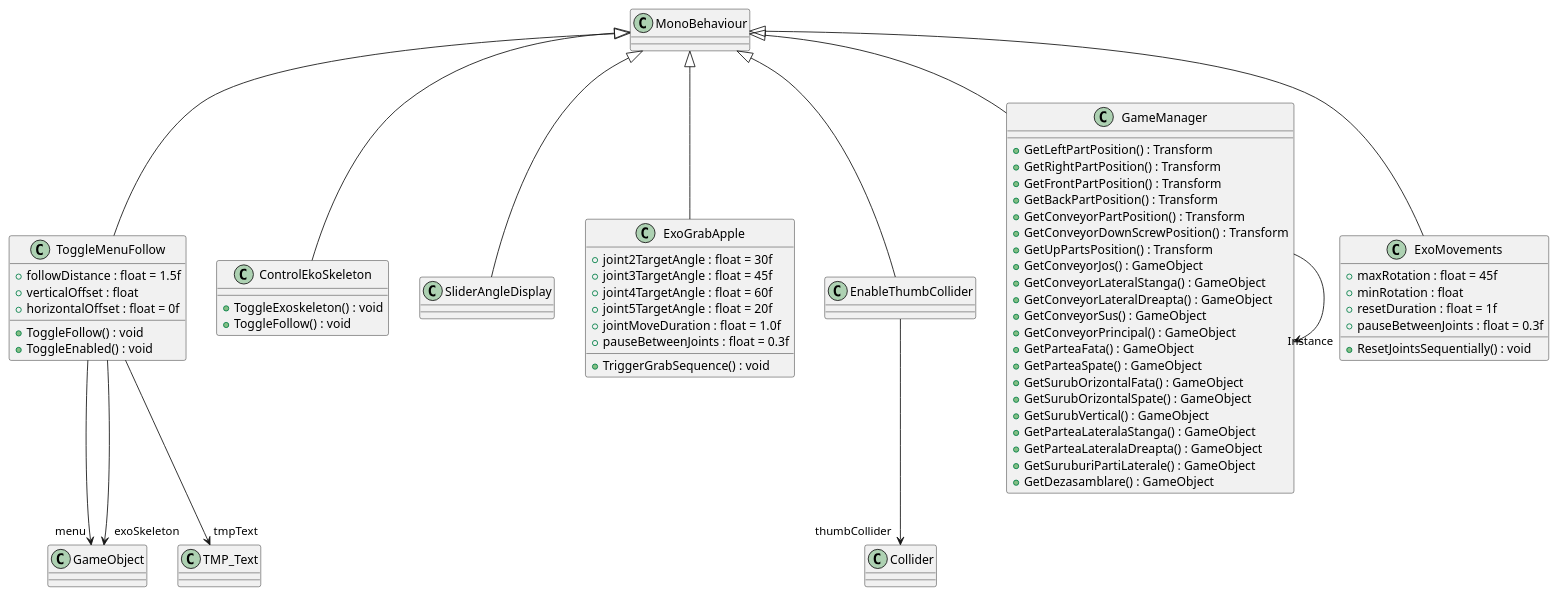
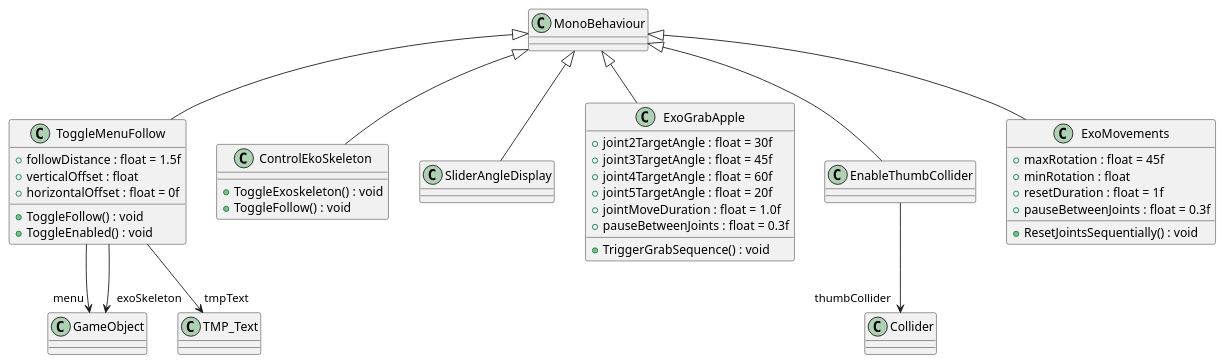
Before and after one commit to Chiriac21/disertatie: the diagram in UML/include.puml, drawn with PlantUML. The commit also changed 3 other files, not shown here.

Commit message:
Generate UML (Generate UML)

```diff
--- a/UML/include.puml
+++ b/UML/include.puml
@@ -1,68 +1,43 @@
 @startuml
 class ToggleMenuFollow {
     + followDistance : float = 1.5f
     + verticalOffset : float
     + horizontalOffset : float = 0f
     + ToggleFollow() : void
     + ToggleEnabled() : void
 }
 MonoBehaviour <|-- ToggleMenuFollow
 ToggleMenuFollow --> "menu" GameObject
 ToggleMenuFollow --> "exoSkeleton" GameObject
 ToggleMenuFollow --> "tmpText" TMP_Text
 class ControlEkoSkeleton {
     + ToggleExoskeleton() : void
     + ToggleFollow() : void
 }
 MonoBehaviour <|-- ControlEkoSkeleton
 class SliderAngleDisplay {
 }
 MonoBehaviour <|-- SliderAngleDisplay
 class ExoGrabApple {
     + joint2TargetAngle : float = 30f
     + joint3TargetAngle : float = 45f
     + joint4TargetAngle : float = 60f
     + joint5TargetAngle : float = 20f
     + jointMoveDuration : float = 1.0f
     + pauseBetweenJoints : float = 0.3f
     + TriggerGrabSequence() : void
 }
 MonoBehaviour <|-- ExoGrabApple
 class EnableThumbCollider {
 }
 MonoBehaviour <|-- EnableThumbCollider
 EnableThumbCollider --> "thumbCollider" Collider
-class GameManager {
-    + GetLeftPartPosition() : Transform
-    + GetRightPartPosition() : Transform
-    + GetFrontPartPosition() : Transform
-    + GetBackPartPosition() : Transform
-    + GetConveyorPartPosition() : Transform
-    + GetConveyorDownScrewPosition() : Transform
-    + GetUpPartsPosition() : Transform
-    + GetConveyorJos() : GameObject
-    + GetConveyorLateralStanga() : GameObject
-    + GetConveyorLateralDreapta() : GameObject
-    + GetConveyorSus() : GameObject
-    + GetConveyorPrincipal() : GameObject
-    + GetParteaFata() : GameObject
-    + GetParteaSpate() : GameObject
-    + GetSurubOrizontalFata() : GameObject
-    + GetSurubOrizontalSpate() : GameObject
-    + GetSurubVertical() : GameObject
-    + GetParteaLateralaStanga() : GameObject
-    + GetParteaLateralaDreapta() : GameObject
-    + GetSuruburiPartiLaterale() : GameObject
-    + GetDezasamblare() : GameObject
-}
-MonoBehaviour <|-- GameManager
-GameManager --> "Instance" GameManager
 class ExoMovements {
     + maxRotation : float = 45f
     + minRotation : float
     + resetDuration : float = 1f
     + pauseBetweenJoints : float = 0.3f
     + ResetJointsSequentially() : void
 }
 MonoBehaviour <|-- ExoMovements
 @enduml
```
